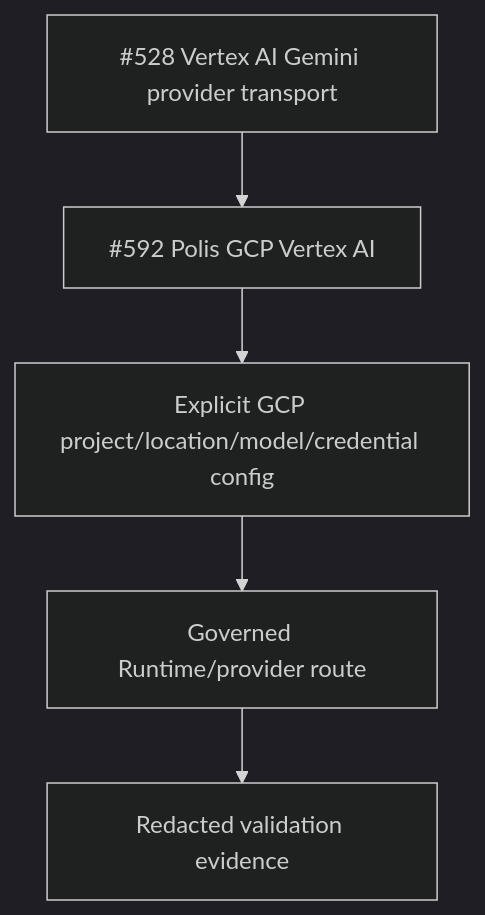
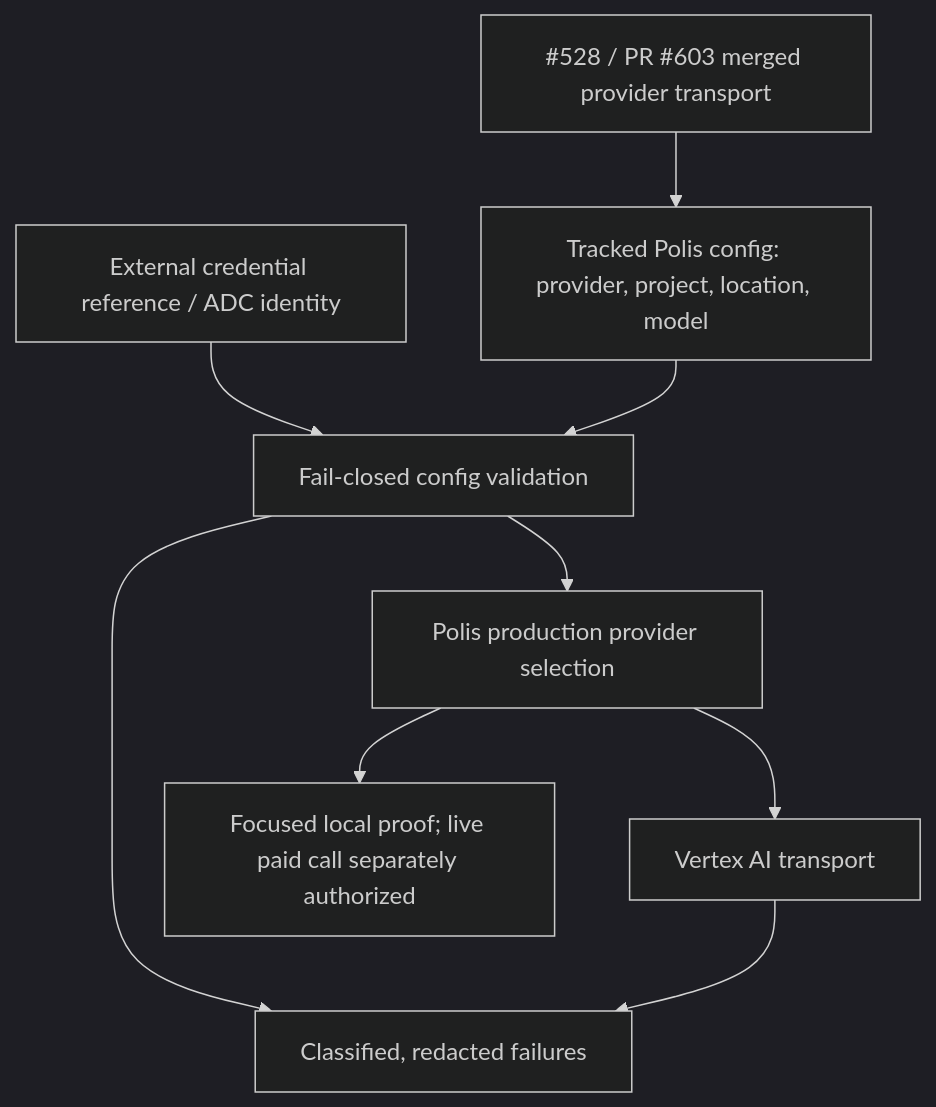
The diagram in .csdlc/prepared/issues/592/diagram.mmd (agent-logic/agent-design-language), drawn with Mermaid (dark theme) before and after one commit. The commit also changed 20 other files, not shown here.

Commit message:
chore: prepare issue 592 Vertex Polis execution

```diff
--- a/.csdlc/prepared/issues/592/diagram.mmd
+++ b/.csdlc/prepared/issues/592/diagram.mmd
@@ -1,8 +1,15 @@
 flowchart TD
-  I592["#592 Polis GCP Vertex AI"]
-  I528["#528 Vertex AI Gemini provider transport"]
-  CONFIG["Explicit GCP project/location/model/credential config"]
-  RUNTIME["Governed Runtime/provider route"]
-  EVIDENCE["Redacted validation evidence"]
-  I528 --> I592
-  I592 --> CONFIG --> RUNTIME --> EVIDENCE
+  MERGE["#528 / PR #603 merged provider transport"]
+  CONFIG["Tracked Polis config: provider, project, location, model"]
+  CREDS["External credential reference / ADC identity"]
+  VALIDATE["Fail-closed config validation"]
+  RUNTIME["Polis production provider selection"]
+  VERTEX["Vertex AI transport"]
+  ERRORS["Classified, redacted failures"]
+  PROOF["Focused local proof; live paid call separately authorized"]
+  MERGE --> CONFIG
+  CREDS --> VALIDATE
+  CONFIG --> VALIDATE --> RUNTIME --> VERTEX
+  VALIDATE --> ERRORS
+  VERTEX --> ERRORS
+  RUNTIME --> PROOF
```
